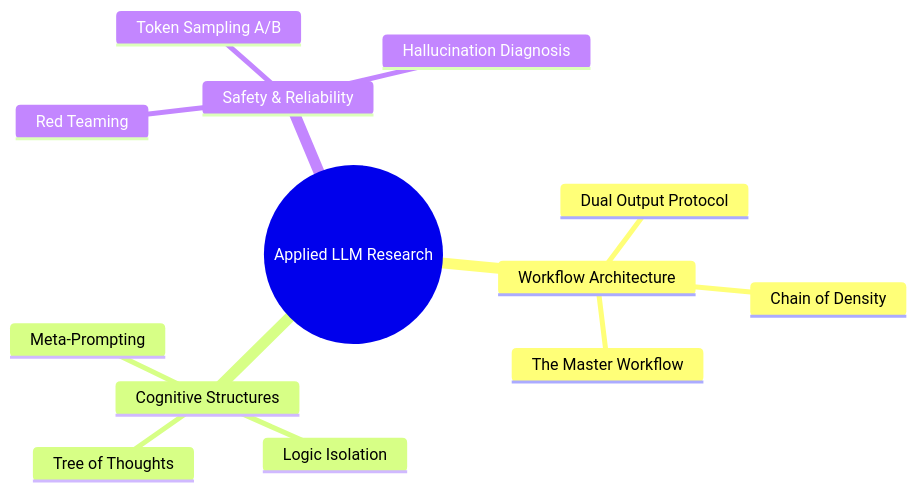
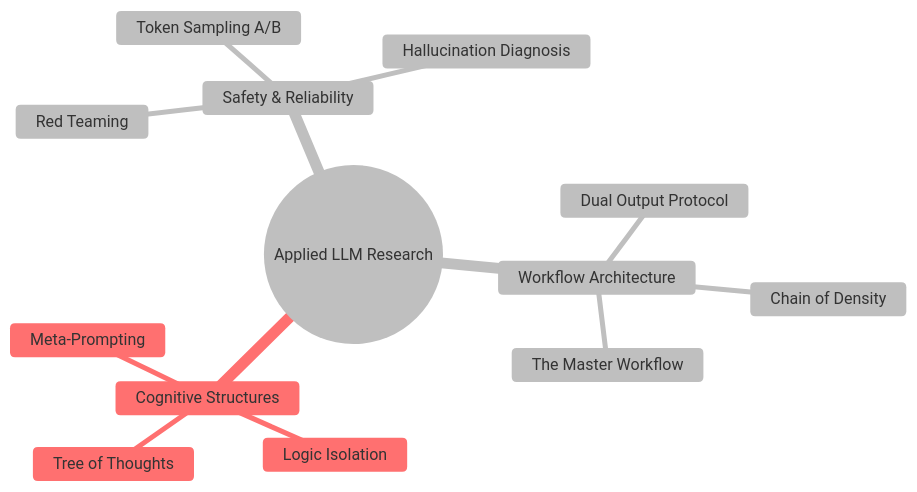
One commit to Waqas01CP/Applied-LLM-Workflow-Research changed the diagram in README.md. Above: the diagram before and after it, drawn with Mermaid. The commit also changed other lines of this file, not shown here.

````diff
--- a/README.md
+++ b/README.md
@@ -13,16 +5,17 @@
 ``` mermaid
+%%{init: {'theme': 'base', 'themeVariables': { 'primaryColor': '#ffffff', 'edgeLabelBackground':'#ffffff', 'tertiaryColor': '#fff0f0'}}}%%
 mindmap
   root((Applied LLM Research))
     Workflow Architecture
       The Master Workflow
       Chain of Density
       Dual Output Protocol
     Cognitive Structures
       Tree of Thoughts
       Logic Isolation
       Meta-Prompting
     Safety & Reliability
       Red Teaming
       Token Sampling A/B
       Hallucination Diagnosis
 ```
````
